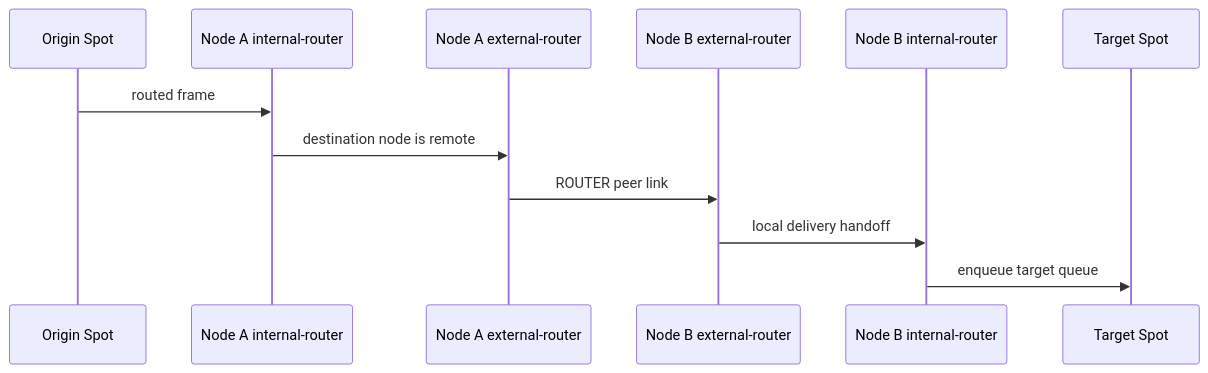
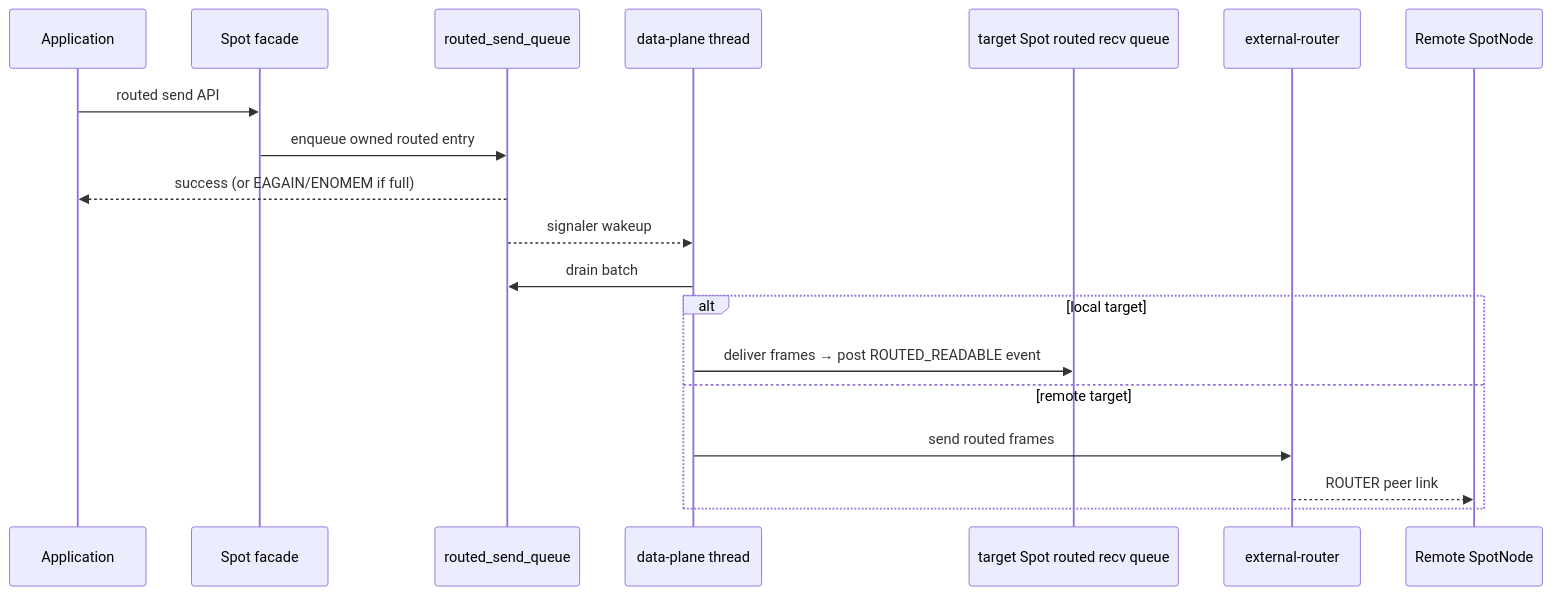
One commit to kairos-code-dev/zlink changed the fourth of 11 diagrams in doc/internals/spot-internals.ko.md. Above: the diagram before and after it, drawn with Mermaid. The commit also changed other lines of this file and 25 other files, not shown here.

Commit message:
Implement spot publish ingress data plane

````diff
--- a/doc/internals/spot-internals.ko.md
+++ b/doc/internals/spot-internals.ko.md
@@ -240,15 +257,22 @@
 ```mermaid
 sequenceDiagram
-    participant ASpot as Origin Spot
-    participant AInternal as Node A internal-router
-    participant AExternal as Node A external-router
-    participant BExternal as Node B external-router
-    participant BInternal as Node B internal-router
-    participant BSpot as Target Spot
+    participant App as Application
+    participant Spot as Spot facade
+    participant Q as routed_send_queue
+    participant DP as data-plane thread
+    participant RecvQ as target Spot routed recv queue
+    participant External as external-router
+    participant Peer as Remote SpotNode
 
-    ASpot->>AInternal: routed frame
-    AInternal->>AExternal: destination node is remote
-    AExternal->>BExternal: ROUTER peer link
-    BExternal->>BInternal: local delivery handoff
-    BInternal->>BSpot: enqueue target queue
+    App->>Spot: routed send API
+    Spot->>Q: enqueue owned routed entry
+    Q-->>App: success (or EAGAIN/ENOMEM if full)
+    Q-->>DP: signaler wakeup
+    DP->>Q: drain batch
+    alt local target
+        DP->>RecvQ: deliver frames → post ROUTED_READABLE event
+    else remote target
+        DP->>External: send routed frames
+        External-->>Peer: ROUTER peer link
+    end
 ```
````
